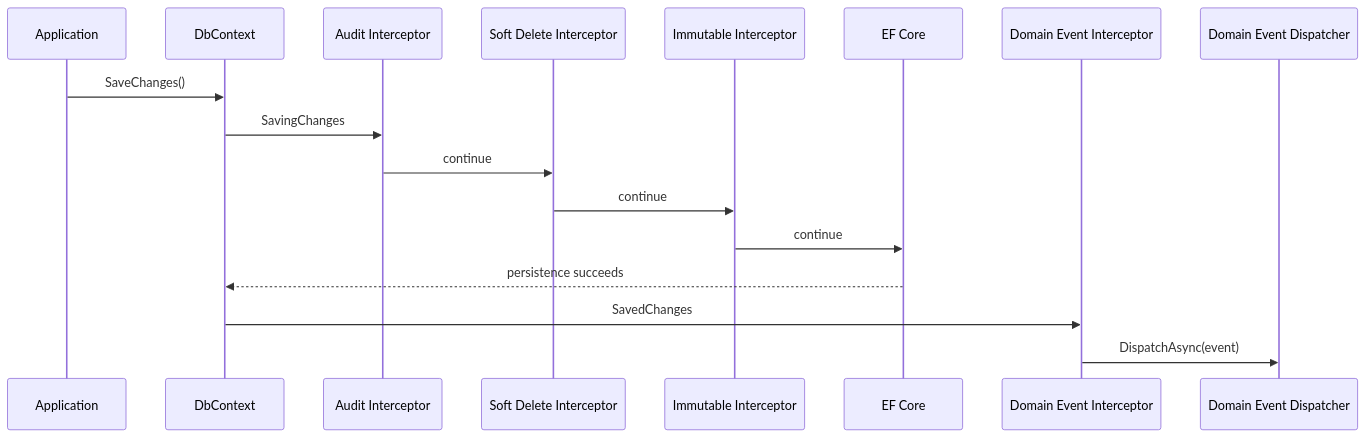
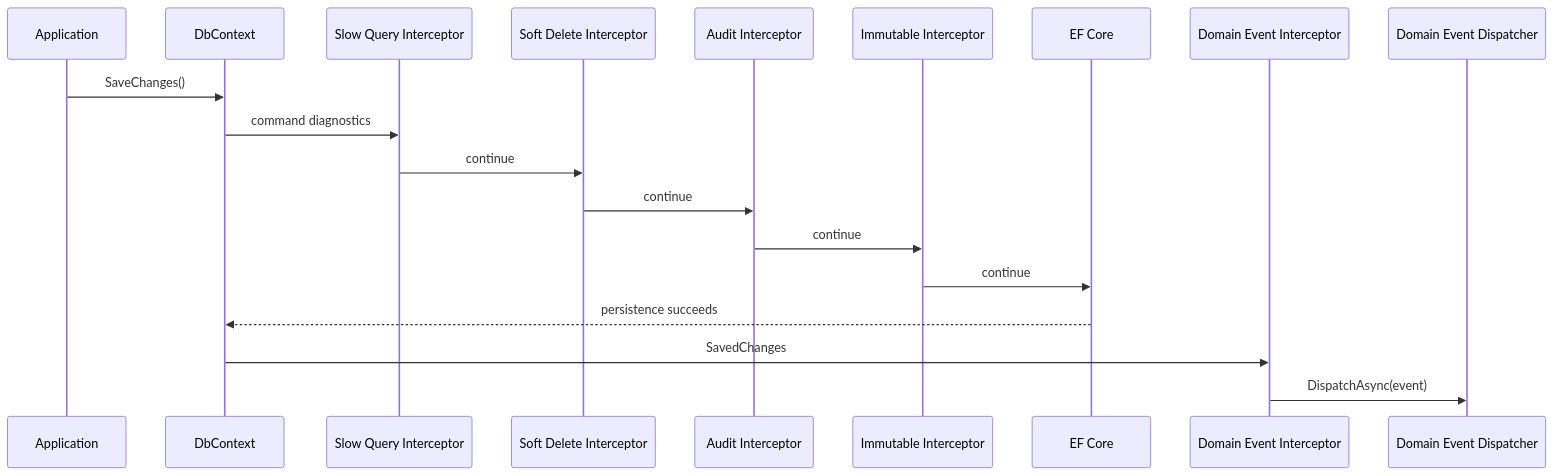
Before and after one commit to Kukulcan-Software-Designer/KUKULCAN.SharedKernel.Database: the diagram in Documentation/PERSISTENCE_PIPELINE.md, drawn with Mermaid. The commit also changed other lines of this file, not shown here.

Commit message:
docs: align persistence pipeline with interceptor ordering

````diff
--- a/Documentation/PERSISTENCE_PIPELINE.md
+++ b/Documentation/PERSISTENCE_PIPELINE.md
@@ -8,20 +7,22 @@
 ``` mermaid
 sequenceDiagram
     participant App as Application
     participant Db as DbContext
+    participant Slow as Slow Query Interceptor
+    participant Soft as Soft Delete Interceptor
     participant Audit as Audit Interceptor
-    participant Soft as Soft Delete Interceptor
     participant Imm as Immutable Interceptor
     participant EF as EF Core
     participant Events as Domain Event Interceptor
     participant Dispatcher as Domain Event Dispatcher
 
     App->>Db: SaveChanges()
-    Db->>Audit: SavingChanges
-    Audit->>Soft: continue
-    Soft->>Imm: continue
+    Db->>Slow: command diagnostics
+    Slow->>Soft: continue
+    Soft->>Audit: continue
+    Audit->>Imm: continue
     Imm->>EF: continue
     EF-->>Db: persistence succeeds
     Db->>Events: SavedChanges
     Events->>Dispatcher: DispatchAsync(event)
 ```
````
